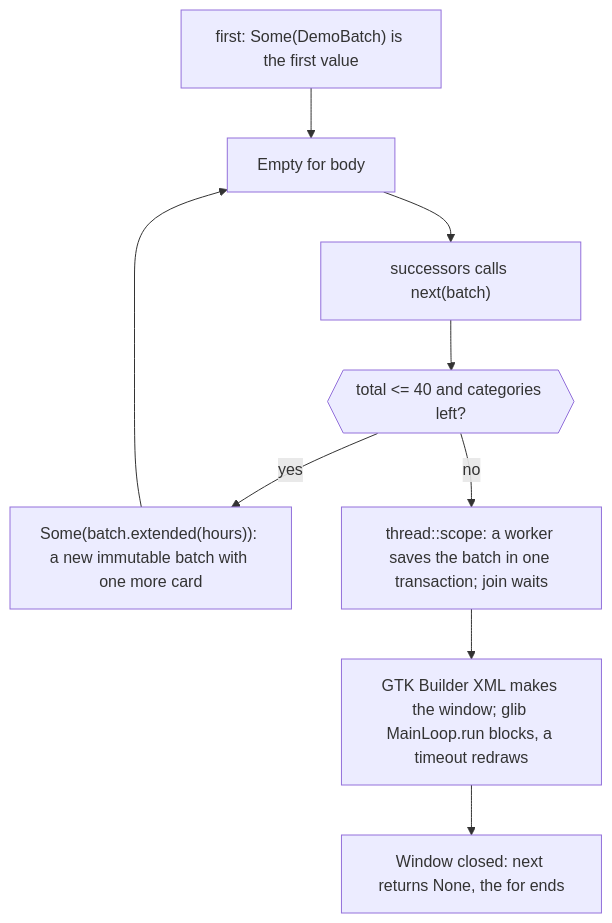
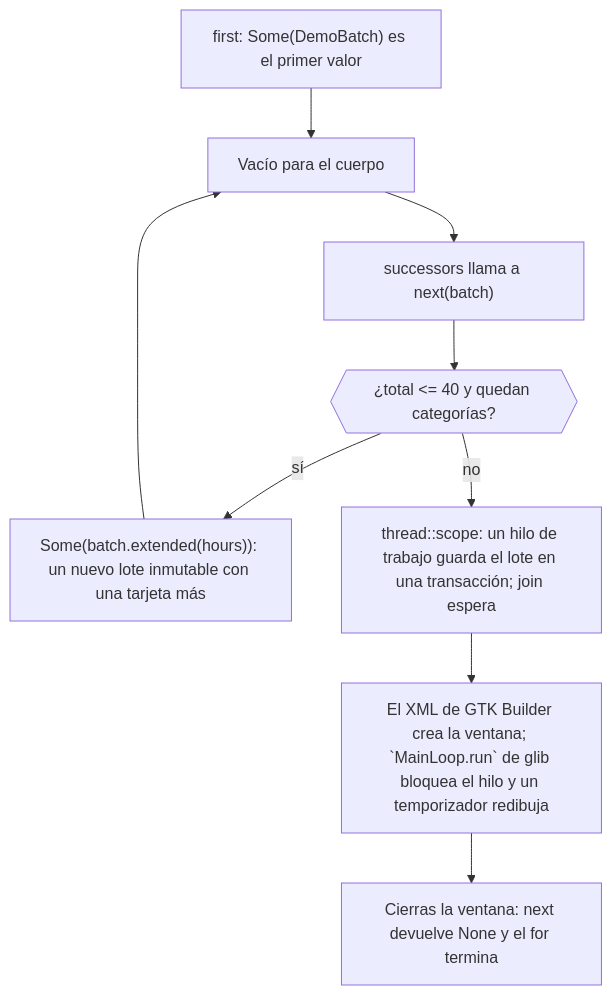
One commit to dullroar/aprende-a-programar-como-un-bicho-raro changed the diagram in src/RustChallenge1/README.md. Above: the diagram before and after it, drawn with Mermaid. The commit also changed other lines of this file and 18 other files, not shown here.

Commit message:
loop(P4-src-3): RustChallenge1, apl-weird, apl entry READMEs translated (176 segments); waivers EXC-095..102; apl guide diagrams re-synced from the apl README

````diff
--- a/src/RustChallenge1/README.md
+++ b/src/RustChallenge1/README.md
@@ -51,13 +51,13 @@
 ```mermaid
 flowchart TD
-    accTitle: RustChallenge1: std::iter::successors ends when next returns None
-    accDescr: A flowchart. successors starts from an immutable DemoBatch. The empty for body runs, then successors calls next with the batch. If the total is 40 or less and a category remains, next returns Some of a new batch with one more card, and the body runs again. If not, a scoped worker thread saves the batch in one SQLite transaction and is joined. Then a GTK window is built from Builder XML, and a glib MainLoop runs until the window closes while a timeout redraws the background. Then next returns None and the for ends.
-    A["first: Some(DemoBatch) is the first value"] --> B["Empty for body"]
-    B --> C["successors calls next(batch)"]
-    C --> D{{"total <= 40 and categories left?"}}
-    D -->|yes| E["Some(batch.extended(hours)): a new immutable batch with one more card"]
+    accTitle: RustChallenge1: std::iter::successors termina cuando next devuelve None
+    accDescr: Un diagrama de flujo. successors parte de un DemoBatch inmutable. El cuerpo vacío del for se ejecuta y luego successors llama a next con el lote. Si el total no pasa de 40 y queda una categoría, next devuelve Some con un lote nuevo que tiene una tarjeta más, y el cuerpo se ejecuta otra vez. Si no, un hilo de trabajo con ámbito (scoped) guarda el lote en una sola transacción de SQLite y el programa espera a que termine (join). Después se construye una ventana GTK a partir de XML de Builder, y un MainLoop de glib se ejecuta hasta que la ventana se cierra, mientras un timeout redibuja el fondo. Luego next devuelve None y el for termina.
+    A["first: Some(DemoBatch) es el primer valor"] --> B["Vacío para el cuerpo"]
+    B --> C["successors llama a next(batch)"]
+    C --> D{{"¿total <= 40 y quedan categorías?"}}
+    D -->|sí| E["Some(batch.extended(hours)): un nuevo lote inmutable con una tarjeta más"]
     E --> B
-    D -->|no| F["thread::scope: a worker saves the batch in one transaction; join waits"]
-    F --> G["GTK Builder XML makes the window; glib MainLoop.run blocks, a timeout redraws"]
-    G --> H["Window closed: next returns None, the for ends"]
+    D -->|no| F["thread::scope: un hilo de trabajo guarda el lote en una transacción; join espera"]
+    F --> G["El XML de GTK Builder crea la ventana; `MainLoop.run` de glib bloquea el hilo y un temporizador redibuja"]
+    G --> H["Cierras la ventana: next devuelve None y el for termina"]
 ```
````
